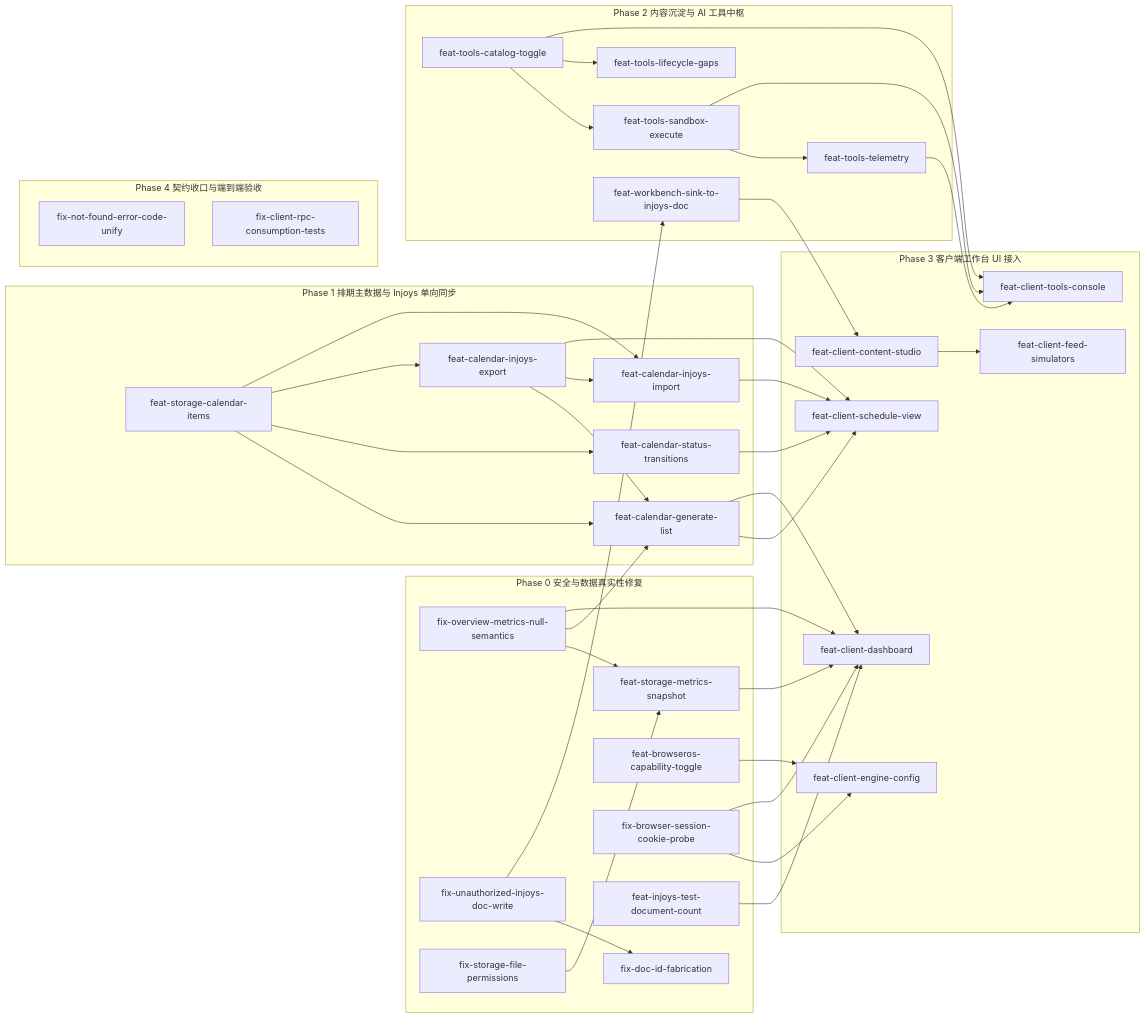
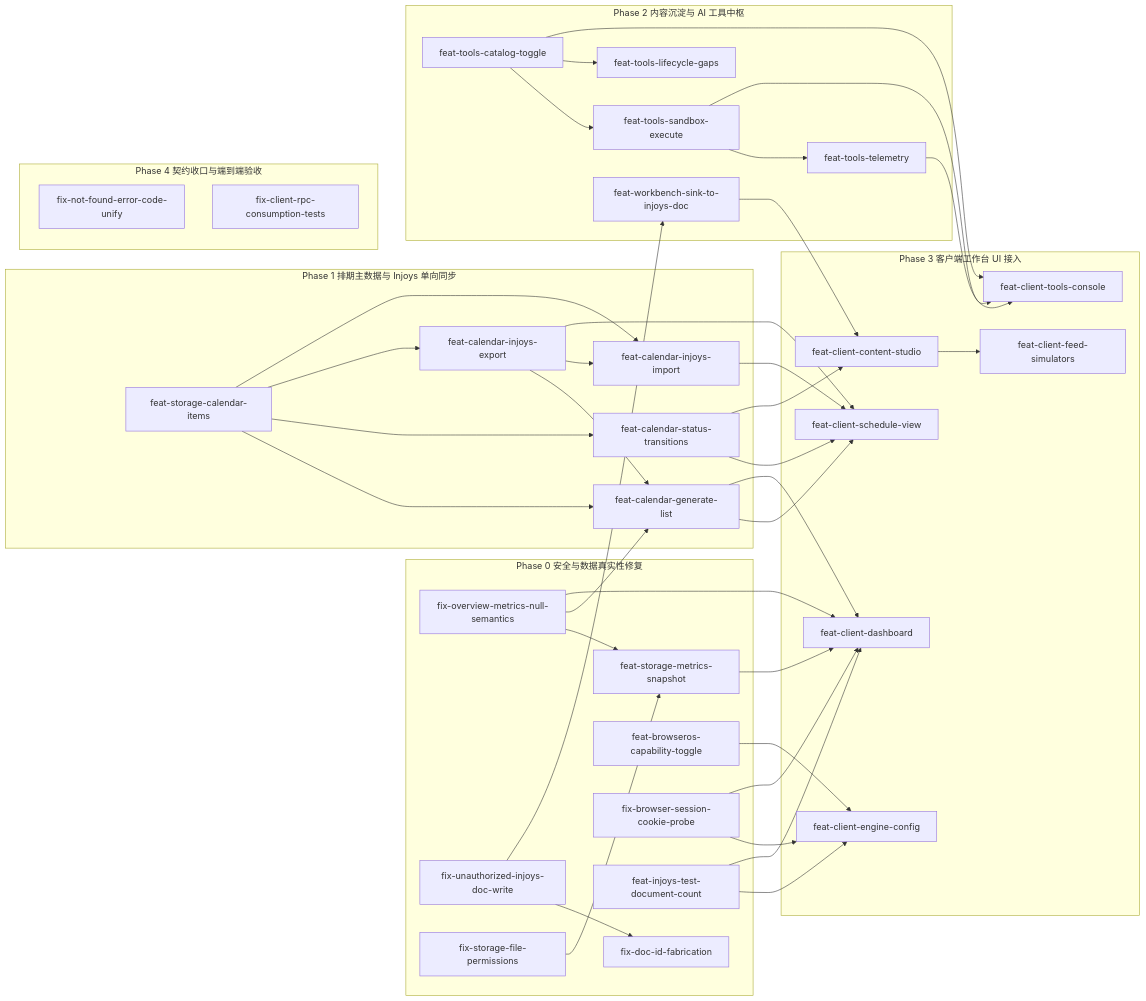
One commit to InJoysAI/dsh-growth-studio changed the diagram in openspec/proposal-roadmap.md. Above: the diagram before and after it, drawn with Mermaid. The commit also changed other lines of this file and 6 other files, not shown here.

Commit message:
docs: update proposal roadmaps and context manifest with Phase 5 review fixes and dependency corrections

````diff
--- a/openspec/proposal-roadmap.md
+++ b/openspec/proposal-roadmap.md
@@ -63,73 +63,75 @@
 ```mermaid
 graph LR
     subgraph P0["Phase 0 安全与数据真实性修复"]
         A1["fix-overview-metrics-null-semantics"]
         A2["feat-storage-metrics-snapshot"]
         A3["fix-unauthorized-injoys-doc-write"]
         A4["fix-doc-id-fabrication"]
         A5["feat-browseros-capability-toggle"]
         A6["fix-browser-session-cookie-probe"]
         A7["fix-storage-file-permissions"]
         A8["feat-injoys-test-document-count"]
     end
     subgraph P1["Phase 1 排期主数据与 Injoys 单向同步"]
         B1["feat-storage-calendar-items"]
         B2["feat-calendar-generate-list"]
         B3["feat-calendar-status-transitions"]
         B4["feat-calendar-injoys-export"]
         B5["feat-calendar-injoys-import"]
     end
     subgraph P2["Phase 2 内容沉淀与 AI 工具中枢"]
         C1["feat-workbench-sink-to-injoys-doc"]
         C2["feat-tools-catalog-toggle"]
         C3["feat-tools-sandbox-execute"]
         C4["feat-tools-telemetry"]
         C5["feat-tools-lifecycle-gaps"]
     end
     subgraph P3["Phase 3 客户端工作台 UI 接入"]
         D1["feat-client-engine-config"]
         D2["feat-client-dashboard"]
         D3["feat-client-content-studio"]
         D4["feat-client-feed-simulators"]
         D5["feat-client-schedule-view"]
         D6["feat-client-tools-console"]
     end
     subgraph P4["Phase 4 契约收口与端到端验收"]
         E1["fix-not-found-error-code-unify"]
         E2["fix-client-rpc-consumption-tests"]
     end
 
     A1 --> A2
     A7 --> A2
     A1 --> B2
     A1 --> D2
     A2 --> D2
     A3 --> A4
     A3 --> C1
     A5 --> D1
     A6 --> D1
     A6 --> D2
+    A8 --> D1
     A8 --> D2
 
     B1 --> B2
     B1 --> B3
     B1 --> B4
     B4 --> B2
     B4 --> B5
     B1 --> B5
     B2 --> D5
     B2 --> D2
     B3 --> D5
+    B3 --> D3
     B4 --> D5
     B5 --> D5
 
     C1 --> D3
     C2 --> C3
     C2 --> C5
     C2 --> D6
     C3 --> C4
     C3 --> D6
     C4 --> D6
 
     D3 --> D4
 ```
````
